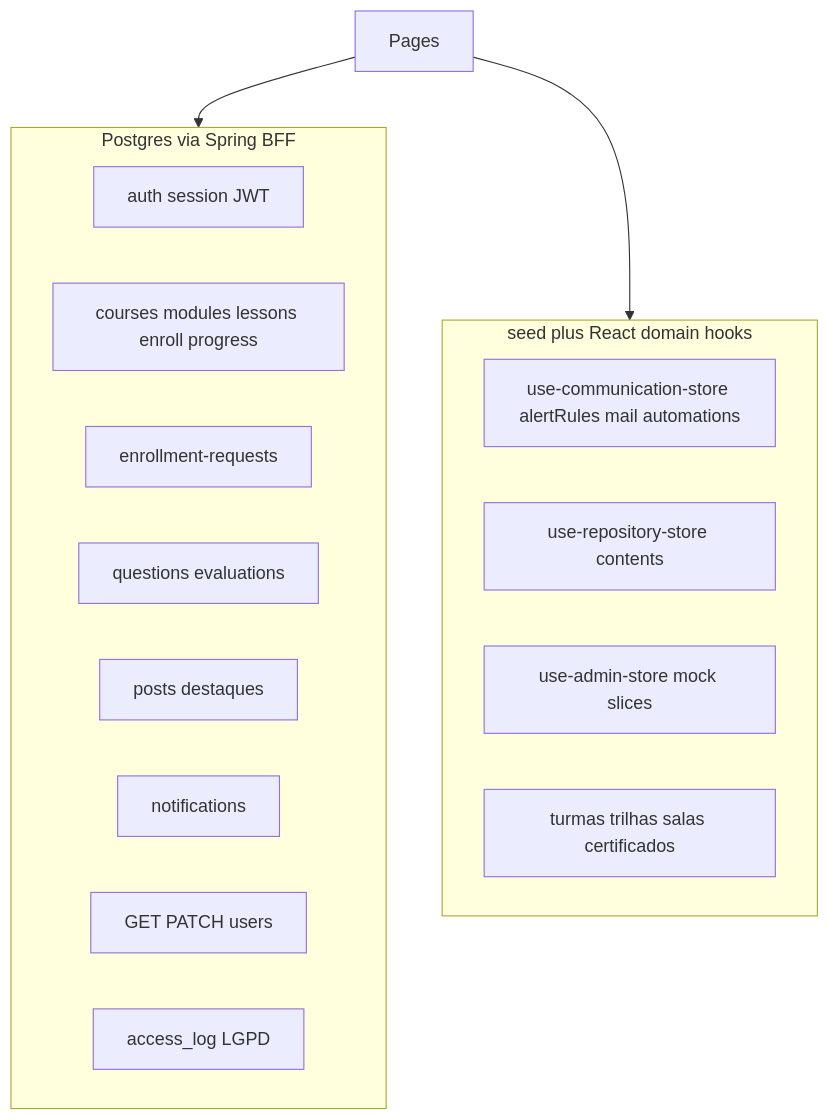
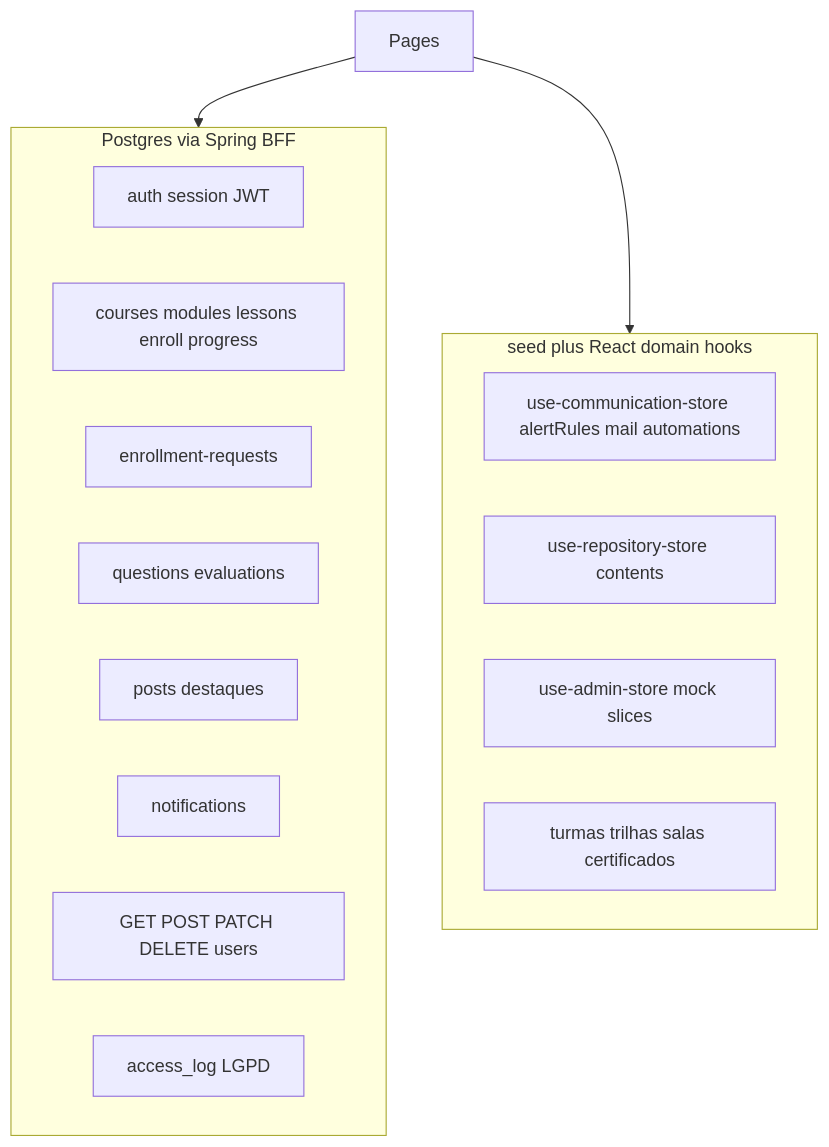
One commit to GrigoriDevv/navoxi-lms changed the diagram in AGENTS.md. Above: the diagram before and after it, drawn with Mermaid. The commit also changed other lines of this file and 41 other files, not shown here.

````diff
--- a/AGENTS.md
+++ b/AGENTS.md
@@ -24,21 +24,21 @@
 ```mermaid
 flowchart TB
   subgraph java [Postgres via Spring BFF]
     Auth[auth session JWT]
     Learn[courses modules lessons enroll progress]
     EnrollReq[enrollment-requests]
     QuestionsEval[questions evaluations]
     PostsDestaques[posts destaques]
     Notif[notifications]
-    UsersAdmin[GET PATCH users]
+    UsersAdmin[GET POST PATCH DELETE users]
     AccessLog[access_log LGPD]
   end
   subgraph mock [seed plus React domain hooks]
     CommMock[use-communication-store alertRules mail automations]
     RepoContents[use-repository-store contents]
     AdminMock[use-admin-store mock slices]
     LearnMock[turmas trilhas salas certificados]
   end
   UI[Pages] --> java
   UI --> mock
 ```
````
